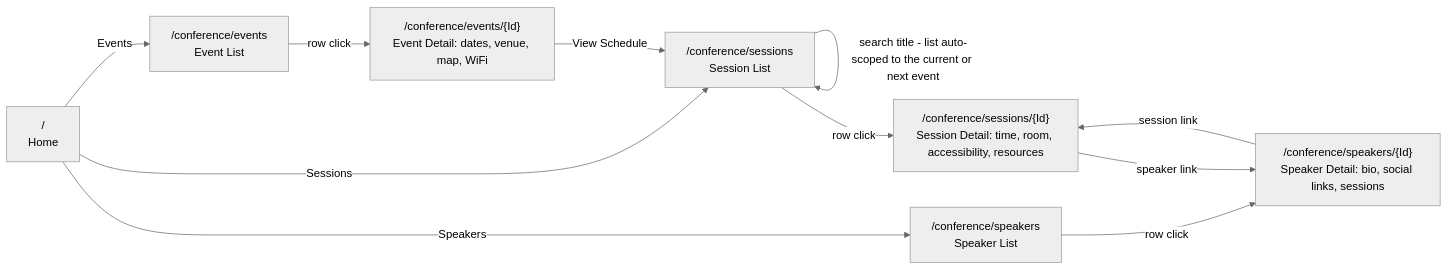
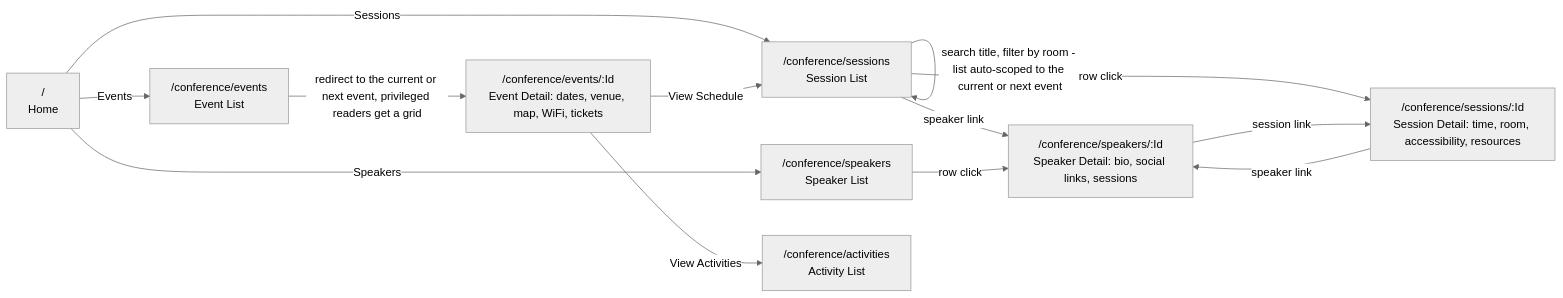
The sixth of 14 diagrams in docs-src/guides/adc-NavigationFlow.md (ivanball/ivanball.github.io), drawn with Mermaid (neutral theme) before and after one commit. The commit also changed other lines of this file and 9 other files, not shown here.

````diff
--- a/docs-src/guides/adc-NavigationFlow.md
+++ b/docs-src/guides/adc-NavigationFlow.md
@@ -478,13 +517,15 @@
 ```mermaid
 flowchart LR
     Home["/<br/>Home"] -->|Events| Events["/conference/events<br/>Event List"]
     Home -->|Sessions| Sessions["/conference/sessions<br/>Session List"]
     Home -->|Speakers| Speakers["/conference/speakers<br/>Speaker List"]
-    Events -->|row click| EventDetail["/conference/events/{Id}<br/>Event Detail: dates, venue, map, WiFi"]
+    Events -->|redirect to the current or next event, privileged readers get a grid| EventDetail["/conference/events/:Id<br/>Event Detail: dates, venue, map, WiFi, tickets"]
     EventDetail -->|View Schedule| Sessions
-    Sessions -->|search title - list auto-scoped to the current or next event| Sessions
-    Sessions -->|row click| SessionDetail["/conference/sessions/{Id}<br/>Session Detail: time, room, accessibility, resources"]
-    Speakers -->|row click| SpeakerDetail["/conference/speakers/{Id}<br/>Speaker Detail: bio, social links, sessions"]
+    EventDetail -->|View Activities| Activities["/conference/activities<br/>Activity List"]
+    Sessions -->|search title, filter by room - list auto-scoped to the current or next event| Sessions
+    Sessions -->|speaker link| SpeakerDetail
+    Sessions -->|row click| SessionDetail["/conference/sessions/:Id<br/>Session Detail: time, room, accessibility, resources"]
+    Speakers -->|row click| SpeakerDetail["/conference/speakers/:Id<br/>Speaker Detail: bio, social links, sessions"]
     SessionDetail -->|speaker link| SpeakerDetail
     SpeakerDetail -->|session link| SessionDetail
 ```
````
